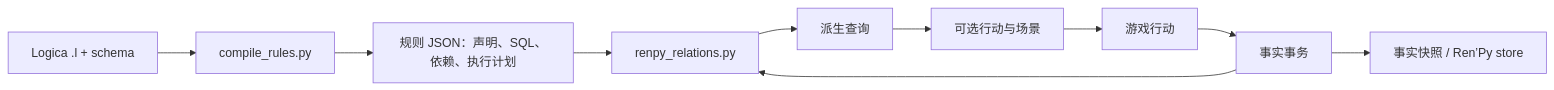
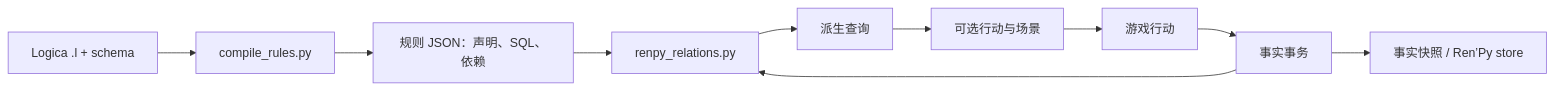
The diagram in DESIGN.md (liyif/renpy-relations), drawn with Mermaid before and after one commit. The commit also changed other lines of this file and 52 other files, not shown here.

First line of the commit message:
Use compiler dependencies with native graph ordering

````diff
--- a/DESIGN.md
+++ b/DESIGN.md
@@ -7,12 +7,12 @@
 ```mermaid
 flowchart LR
     L[Logica .l + schema] --> C[compile_rules.py]
-    C --> J[规则 JSON：声明、SQL、依赖、执行计划]
+    C --> J[规则 JSON：声明、SQL、依赖]
     J --> R[renpy_relations.py]
     A[游戏行动] --> F[事实事务]
     F --> R
     R --> Q[派生查询]
     Q --> S[可选行动与场景]
     S --> A
     F --> H[事实快照 / Ren’Py store]
 ```
````
